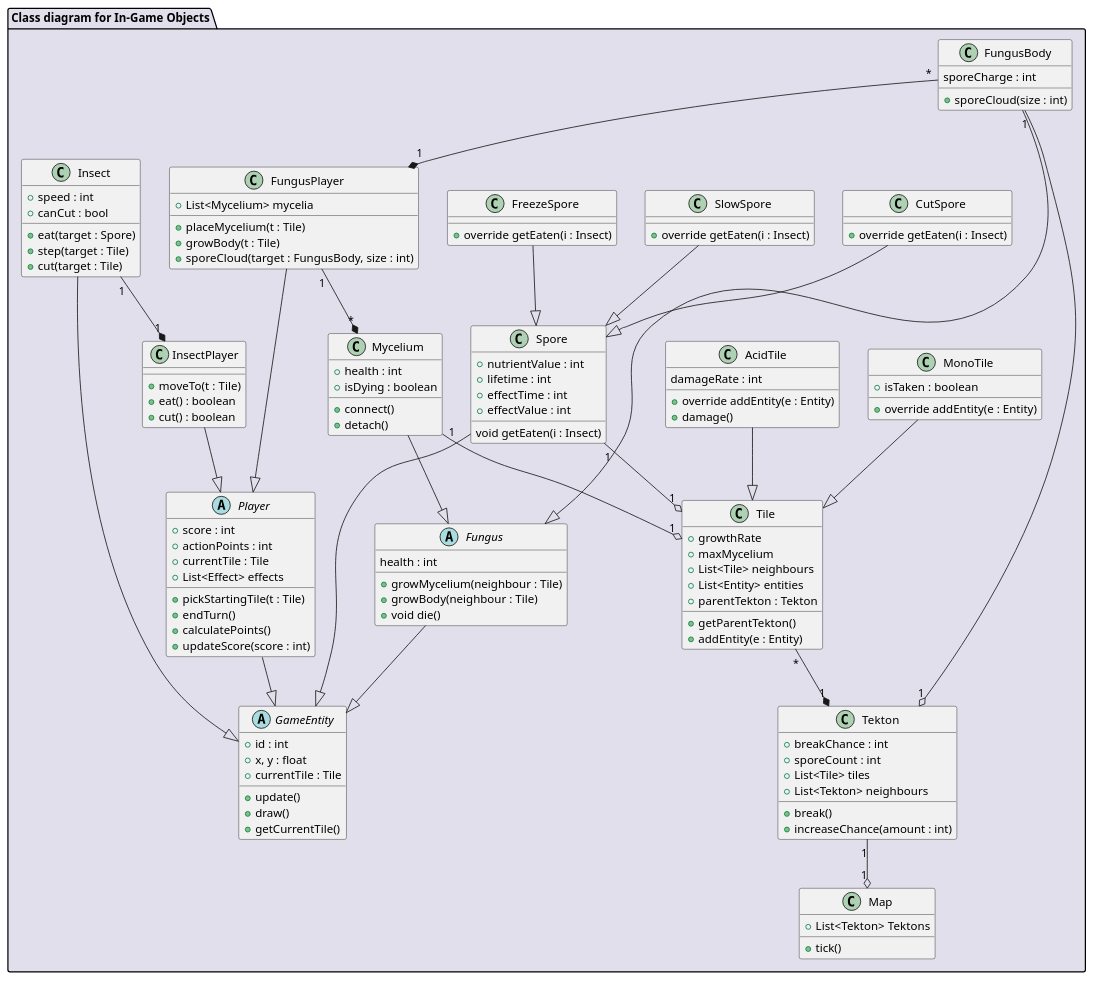
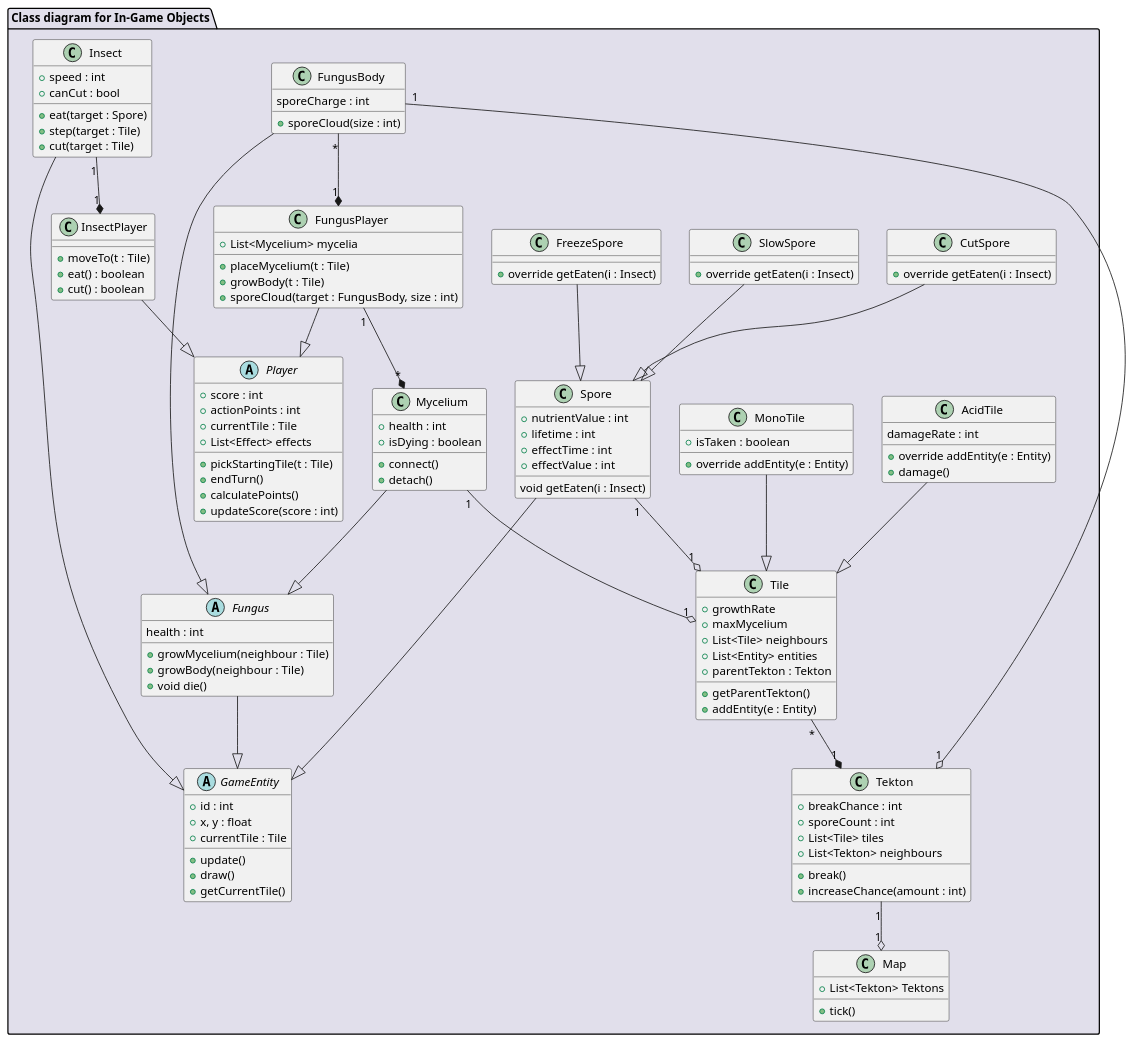
The diagram in diagrams/diagramFiles/CD_InGameObjects.puml (Harcipan/Projlab_nullpointerexception), drawn with PlantUML before and after one commit.

Commit message:
fix: Player is not descendant of GameEntity PDF UPDATE NEEDED

```diff
--- a/diagrams/diagramFiles/CD_InGameObjects.puml
+++ b/diagrams/diagramFiles/CD_InGameObjects.puml
@@ -1,151 +1,150 @@
 @startuml CD_InGameObjects
 
 package "Class diagram for In-Game Objects" #E1DFEB {
     
     'world elements'
 
     class Map {
         + List<Tekton> Tektons
         + tick()
     }
 
     class Tekton {
         + breakChance : int
         + sporeCount : int
         + List<Tile> tiles
         + List<Tekton> neighbours
         + break()
         + increaseChance(amount : int)
     }
 
     class Tile {
         + growthRate
         + maxMycelium
         + List<Tile> neighbours
         + List<Entity> entities
         + parentTekton : Tekton
         + getParentTekton()
         + addEntity(e : Entity)
     }
 
     class MonoTile {
         + isTaken : boolean
         + override addEntity(e : Entity)
     }
 
     class AcidTile {
         damageRate : int
         + override addEntity(e : Entity)
         + damage()
     }
     'interactive elements'
 
     abstract class GameEntity {
         + id : int
         + x, y : float
         + update()
         + draw()
         + currentTile : Tile
         + getCurrentTile()
     }
 
     class Mycelium {
         + health : int
         + isDying : boolean
         + connect()
         + detach()
     }
 
     class Spore {
         + nutrientValue : int
         + lifetime : int
         + effectTime : int
         + effectValue : int
         void getEaten(i : Insect)
     }
 
     class SlowSpore {
         + override getEaten(i : Insect)
     }
 
     class FreezeSpore {
         + override getEaten(i : Insect)
     }
 
     class CutSpore {
         + override getEaten(i : Insect)
     }
 
     'playable elements'
 
     abstract class Player {
         + score : int
         + actionPoints : int
         + currentTile : Tile
         + List<Effect> effects
         + pickStartingTile(t : Tile)
         + endTurn()
         + calculatePoints()
         + updateScore(score : int)
     }
 
 
     class FungusPlayer {
         + List<Mycelium> mycelia
         + placeMycelium(t : Tile)
         + growBody(t : Tile)
         + sporeCloud(target : FungusBody, size : int)
     }
 
     abstract class Fungus {
         health : int
         + growMycelium(neighbour : Tile)
         + growBody(neighbour : Tile)
         + void die()
     }
 
     class FungusBody {
         sporeCharge : int
         + sporeCloud(size : int)
     }
     
     class InsectPlayer {
         + moveTo(t : Tile)
         + eat() : boolean
         + cut() : boolean
     }
 
     class Insect {
         + speed : int
         + canCut : bool
         + eat(target : Spore)
         + step(target : Tile)
         + cut(target : Tile)
     }
 
     'connections'
 
-    Player --|> GameEntity
     Spore --|> GameEntity
     SlowSpore --|> Spore
     FreezeSpore --|> Spore
     CutSpore --|> Spore
     Tekton "1" --o "1" Map
     FungusBody "1" --o "1" Tekton
     Tile "*" --* "1" Tekton
     MonoTile --|> Tile
     AcidTile --|> Tile
     Mycelium "1" --o "1" Tile
     Mycelium --|> Fungus
     FungusBody --|> Fungus
     Fungus --|> GameEntity
     Insect --|> GameEntity
     Spore "1" --o "1" Tile
     FungusPlayer --|> Player
     FungusPlayer "1" --* "*" Mycelium
     InsectPlayer --|> Player
     Insect "1" --* "1" InsectPlayer
     FungusBody "*" --* "1" FungusPlayer
 }
 
 @enduml
```
